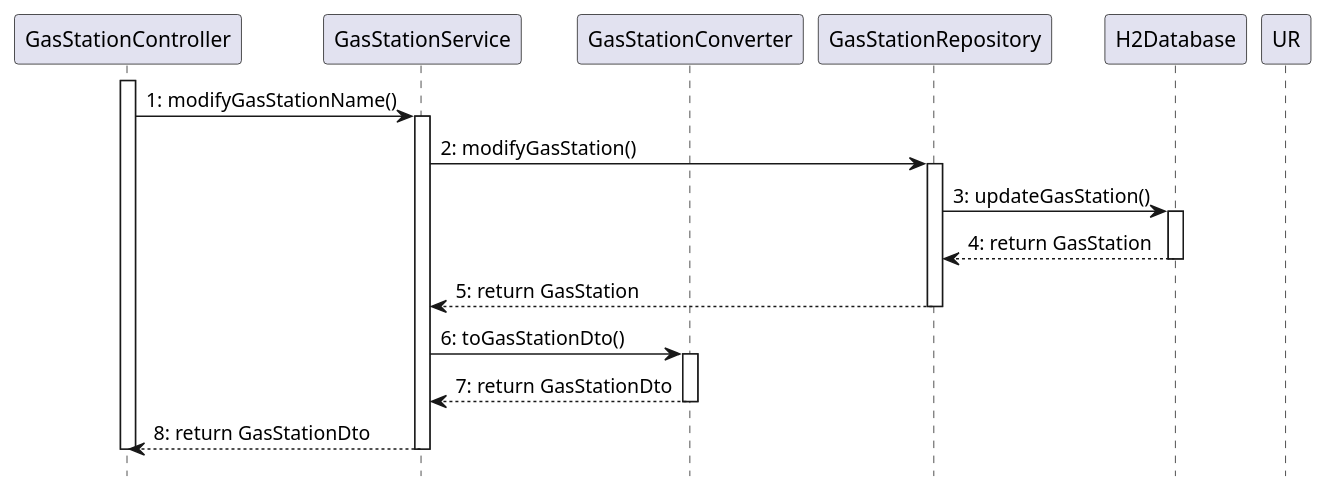
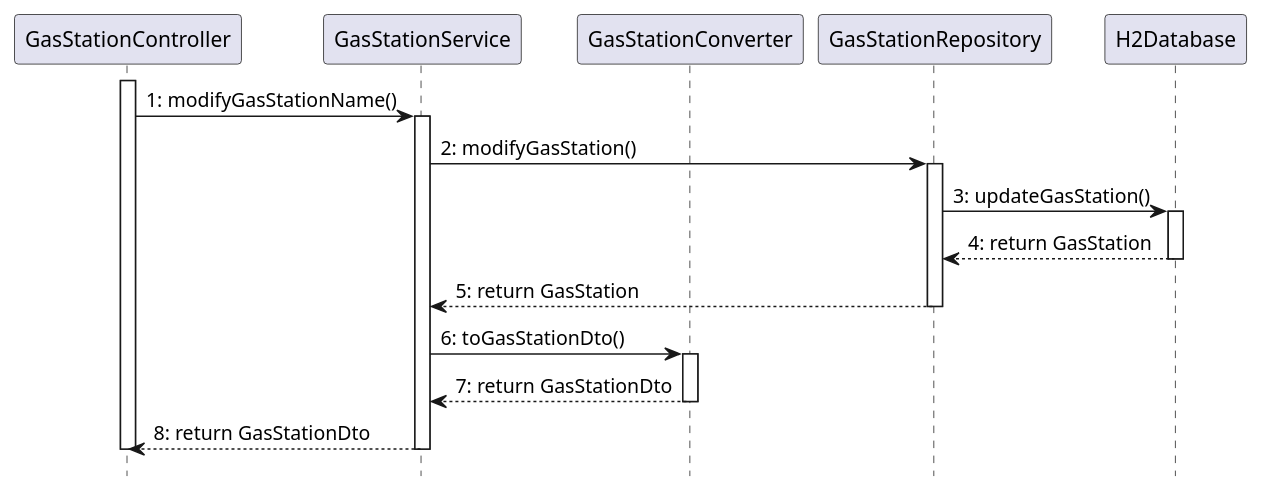
The ninth of 14 diagrams in docs/DesignDocument.md (SE2-group4/SE1-project), drawn with PlantUML before and after one commit. The commit also changed other lines of this file, not shown here.

````diff
--- a/docs/DesignDocument.md
+++ b/docs/DesignDocument.md
@@ -769,38 +609,37 @@
 ```plantuml
 @startuml
 hide footbox
 skinparam shadowing false
 
 participant GasStationController as GC
 participant GasStationService as GS
 participant GasStationConverter as GCV
 participant GasStationRepository as GR
 participant H2Database as H2
 
 activate GC
 GC -> GS: 1: modifyGasStationName()
 activate GS
 
 GS -> GR: 2: modifyGasStation()
 activate GR
 
 GR -> H2: 3: updateGasStation()
 
 activate H2
 H2 --> GR: 4: return GasStation
 deactivate H2
 
 GR --> GS: 5: return GasStation
-deactivate UR
 deactivate GR
 
 GS -> GCV: 6: toGasStationDto()
 activate GCV
 GCV --> GS: 7: return GasStationDto
 deactivate GCV
 
 GS --> GC: 8: return GasStationDto
 deactivate GS
 deactivate GC
 @enduml
 ```
````
